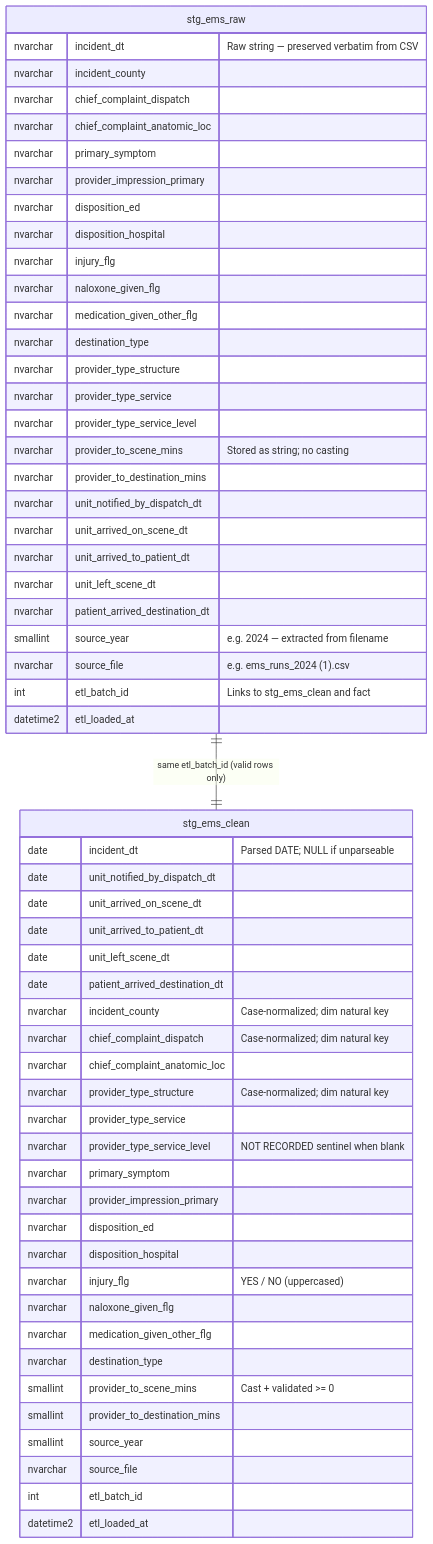
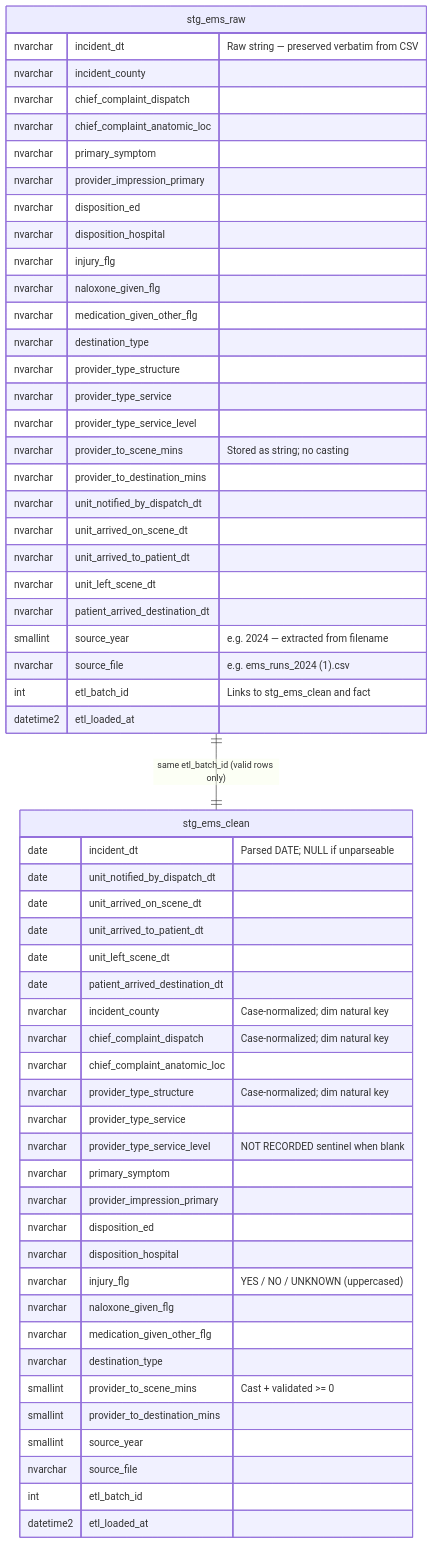
The second of 3 diagrams in docs/star_schema_erd.md (PK0497/EMS), drawn with Mermaid before and after one commit. The commit also changed other lines of this file and 12 other files, not shown here.

````diff
--- a/docs/star_schema_erd.md
+++ b/docs/star_schema_erd.md
@@ -118,63 +118,63 @@
 ```mermaid
 erDiagram
 
     stg_ems_raw {
         nvarchar  incident_dt                    "Raw string — preserved verbatim from CSV"
         nvarchar  incident_county
         nvarchar  chief_complaint_dispatch
         nvarchar  chief_complaint_anatomic_loc
         nvarchar  primary_symptom
         nvarchar  provider_impression_primary
         nvarchar  disposition_ed
         nvarchar  disposition_hospital
         nvarchar  injury_flg
         nvarchar  naloxone_given_flg
         nvarchar  medication_given_other_flg
         nvarchar  destination_type
         nvarchar  provider_type_structure
         nvarchar  provider_type_service
         nvarchar  provider_type_service_level
         nvarchar  provider_to_scene_mins         "Stored as string; no casting"
         nvarchar  provider_to_destination_mins
         nvarchar  unit_notified_by_dispatch_dt
         nvarchar  unit_arrived_on_scene_dt
         nvarchar  unit_arrived_to_patient_dt
         nvarchar  unit_left_scene_dt
         nvarchar  patient_arrived_destination_dt
         smallint  source_year                    "e.g. 2024 — extracted from filename"
         nvarchar  source_file                    "e.g. ems_runs_2024 (1).csv"
         int       etl_batch_id                   "Links to stg_ems_clean and fact"
         datetime2 etl_loaded_at
     }
 
     stg_ems_clean {
         date     incident_dt                    "Parsed DATE; NULL if unparseable"
         date     unit_notified_by_dispatch_dt
         date     unit_arrived_on_scene_dt
         date     unit_arrived_to_patient_dt
         date     unit_left_scene_dt
         date     patient_arrived_destination_dt
         nvarchar incident_county                "Case-normalized; dim natural key"
         nvarchar chief_complaint_dispatch       "Case-normalized; dim natural key"
         nvarchar chief_complaint_anatomic_loc
         nvarchar provider_type_structure        "Case-normalized; dim natural key"
         nvarchar provider_type_service
         nvarchar provider_type_service_level    "NOT RECORDED sentinel when blank"
         nvarchar primary_symptom
         nvarchar provider_impression_primary
         nvarchar disposition_ed
         nvarchar disposition_hospital
-        nvarchar injury_flg                     "YES / NO (uppercased)"
+        nvarchar injury_flg                     "YES / NO / UNKNOWN (uppercased)"
         nvarchar naloxone_given_flg
         nvarchar medication_given_other_flg
         nvarchar destination_type
         smallint provider_to_scene_mins         "Cast + validated >= 0"
         smallint provider_to_destination_mins
         smallint source_year
         nvarchar source_file
         int      etl_batch_id
         datetime2 etl_loaded_at
     }
 
     stg_ems_raw ||--|| stg_ems_clean : "same etl_batch_id (valid rows only)"
 ```
````
